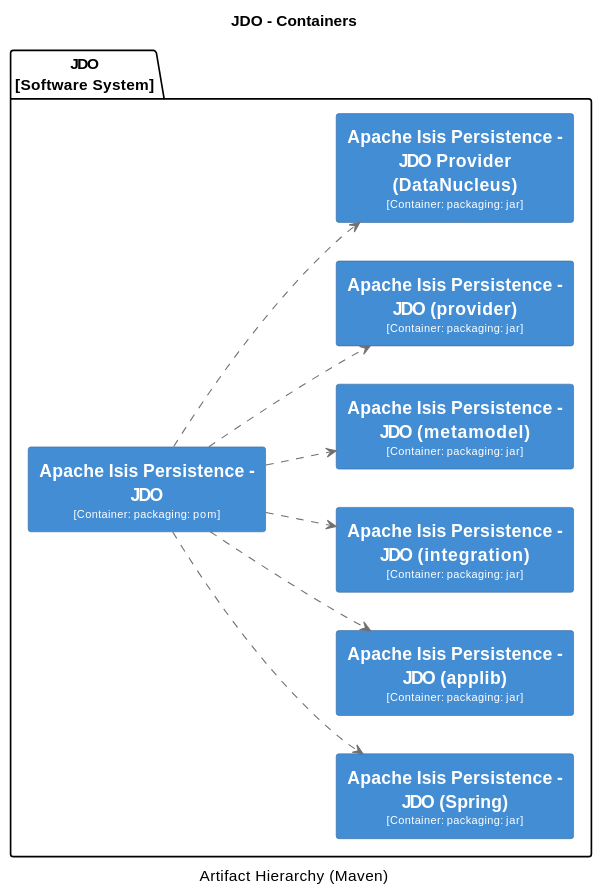
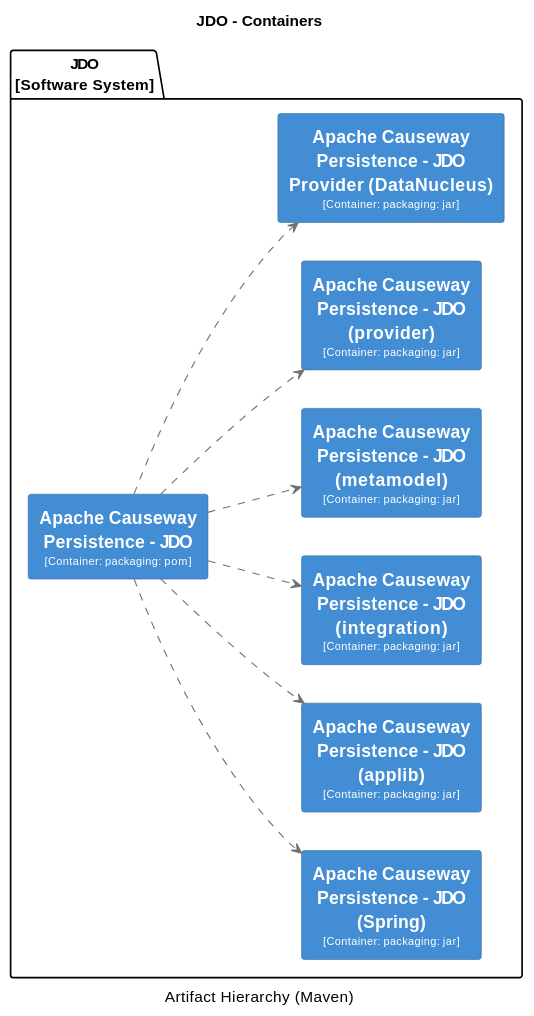
The ninth of 32 diagrams in core/adoc/modules/_overview/pages/about.adoc (apache/causeway), drawn with PlantUML before and after one commit. The commit also changed other lines of this file and 398 other files, not shown here.

```diff
--- a/core/adoc/modules/_overview/pages/about.adoc
+++ b/core/adoc/modules/_overview/pages/about.adoc
@@ -2047,67 +2047,67 @@
 [plantuml,JDO,svg]
 ----
 @startuml(id=JDO)
 title JDO - Containers
 caption Artifact Hierarchy (Maven)
 
 skinparam {
   shadowing false
   arrowFontSize 10
   defaultTextAlignment center
   wrapWidth 200
   maxMessageSize 100
 }
 hide stereotype
 left to right direction
 skinparam rectangle<<2>> {
   BackgroundColor #438dd5
   FontColor #fffffe
   BorderColor #2E6295
 }
 skinparam rectangle<<3>> {
   BackgroundColor #438dd5
   FontColor #fffffe
   BorderColor #2E6295
 }
 skinparam rectangle<<4>> {
   BackgroundColor #438dd5
   FontColor #fffffe
   BorderColor #2E6295
 }
 skinparam rectangle<<5>> {
   BackgroundColor #438dd5
   FontColor #fffffe
   BorderColor #2E6295
 }
 skinparam rectangle<<6>> {
   BackgroundColor #438dd5
   FontColor #fffffe
   BorderColor #2E6295
 }
 skinparam rectangle<<7>> {
   BackgroundColor #438dd5
   FontColor #fffffe
   BorderColor #2E6295
 }
 skinparam rectangle<<8>> {
   BackgroundColor #438dd5
   FontColor #fffffe
   BorderColor #2E6295
 }
 package "JDO\n[Software System]" {
-  rectangle "==Apache Isis Persistence - JDO\n<size:10>[Container: packaging: pom]</size>" <<2>> as 2
-  rectangle "==Apache Isis Persistence - JDO (Spring)\n<size:10>[Container: packaging: jar]</size>" <<8>> as 8
-  rectangle "==Apache Isis Persistence - JDO (applib)\n<size:10>[Container: packaging: jar]</size>" <<3>> as 3
-  rectangle "==Apache Isis Persistence - JDO (integration)\n<size:10>[Container: packaging: jar]</size>" <<5>> as 5
-  rectangle "==Apache Isis Persistence - JDO (metamodel)\n<size:10>[Container: packaging: jar]</size>" <<6>> as 6
-  rectangle "==Apache Isis Persistence - JDO (provider)\n<size:10>[Container: packaging: jar]</size>" <<7>> as 7
-  rectangle "==Apache Isis Persistence - JDO Provider (DataNucleus)\n<size:10>[Container: packaging: jar]</size>" <<4>> as 4
+  rectangle "==Apache Causeway Persistence - JDO\n<size:10>[Container: packaging: pom]</size>" <<2>> as 2
+  rectangle "==Apache Causeway Persistence - JDO (Spring)\n<size:10>[Container: packaging: jar]</size>" <<8>> as 8
+  rectangle "==Apache Causeway Persistence - JDO (applib)\n<size:10>[Container: packaging: jar]</size>" <<3>> as 3
+  rectangle "==Apache Causeway Persistence - JDO (integration)\n<size:10>[Container: packaging: jar]</size>" <<5>> as 5
+  rectangle "==Apache Causeway Persistence - JDO (metamodel)\n<size:10>[Container: packaging: jar]</size>" <<6>> as 6
+  rectangle "==Apache Causeway Persistence - JDO (provider)\n<size:10>[Container: packaging: jar]</size>" <<7>> as 7
+  rectangle "==Apache Causeway Persistence - JDO Provider (DataNucleus)\n<size:10>[Container: packaging: jar]</size>" <<4>> as 4
 }
 2 .[#707070].> 8 : ""
 2 .[#707070].> 3 : ""
 2 .[#707070].> 5 : ""
 2 .[#707070].> 6 : ""
 2 .[#707070].> 7 : ""
 2 .[#707070].> 4 : ""
 @enduml
 ----
```
